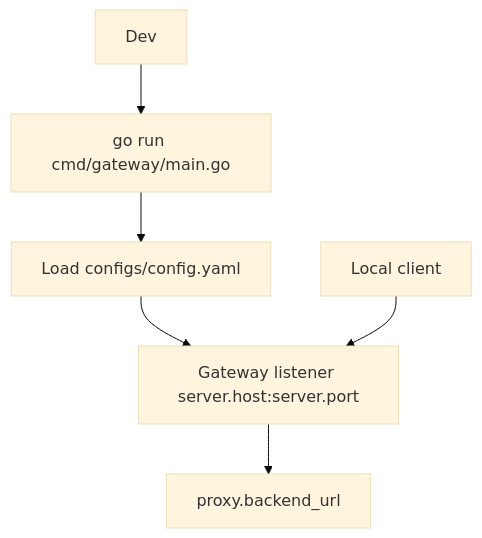
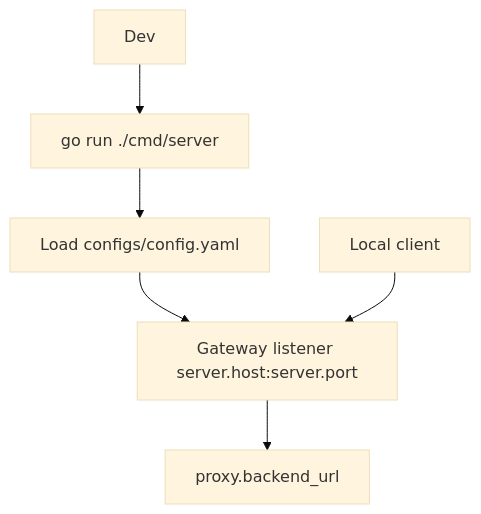
The diagram in gateway/docs/running-locally.md (Adnan-Safdari/Intelligent_API_Security_Gateway), drawn with Mermaid (base theme) before and after one commit. The commit also changed other lines of this file and 7 other files, not shown here.

````diff
--- a/gateway/docs/running-locally.md
+++ b/gateway/docs/running-locally.md
@@ -32,8 +32,8 @@
 ```mermaid
 flowchart TD
-    Dev --> GoRun[go run cmd/gateway/main.go]
+    Dev --> GoRun[go run ./cmd/server]
    GoRun --> ConfigLoad[Load configs/config.yaml]
    ConfigLoad --> Gateway[Gateway listener server.host:server.port]
     Client[Local client] --> Gateway
    Gateway --> Backend[proxy.backend_url]
 ```
````
